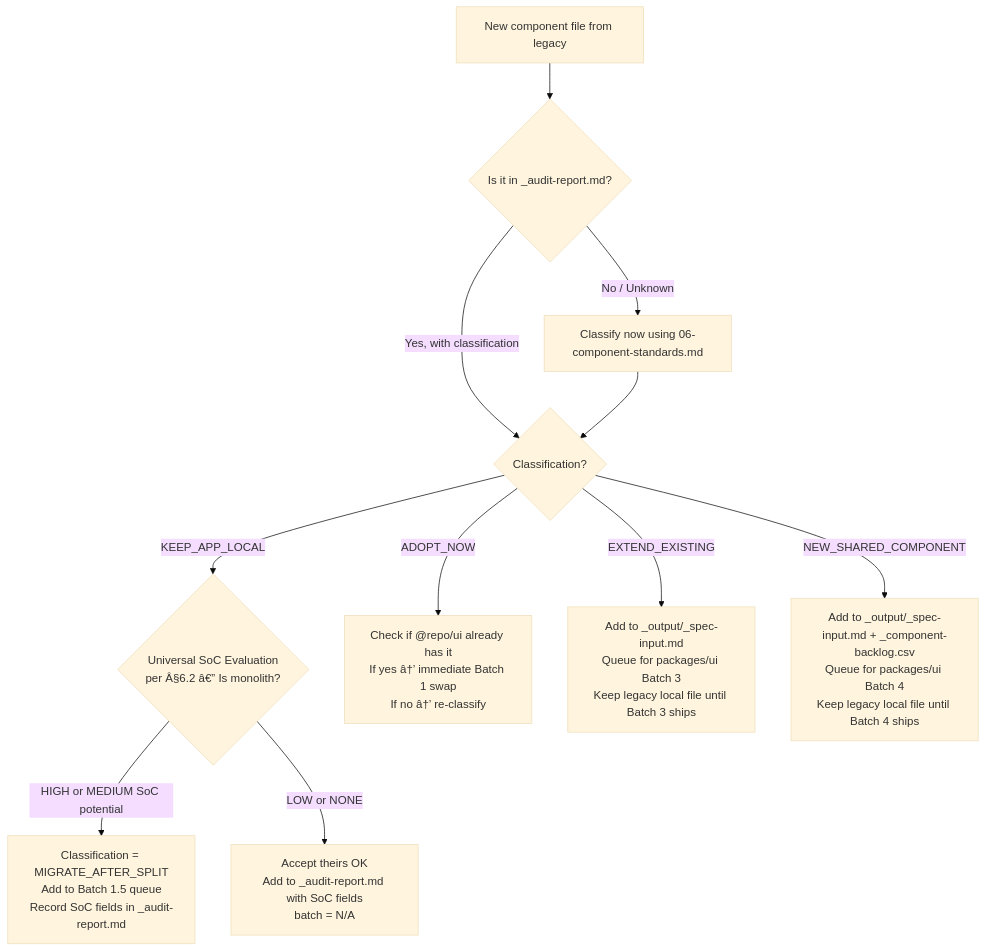
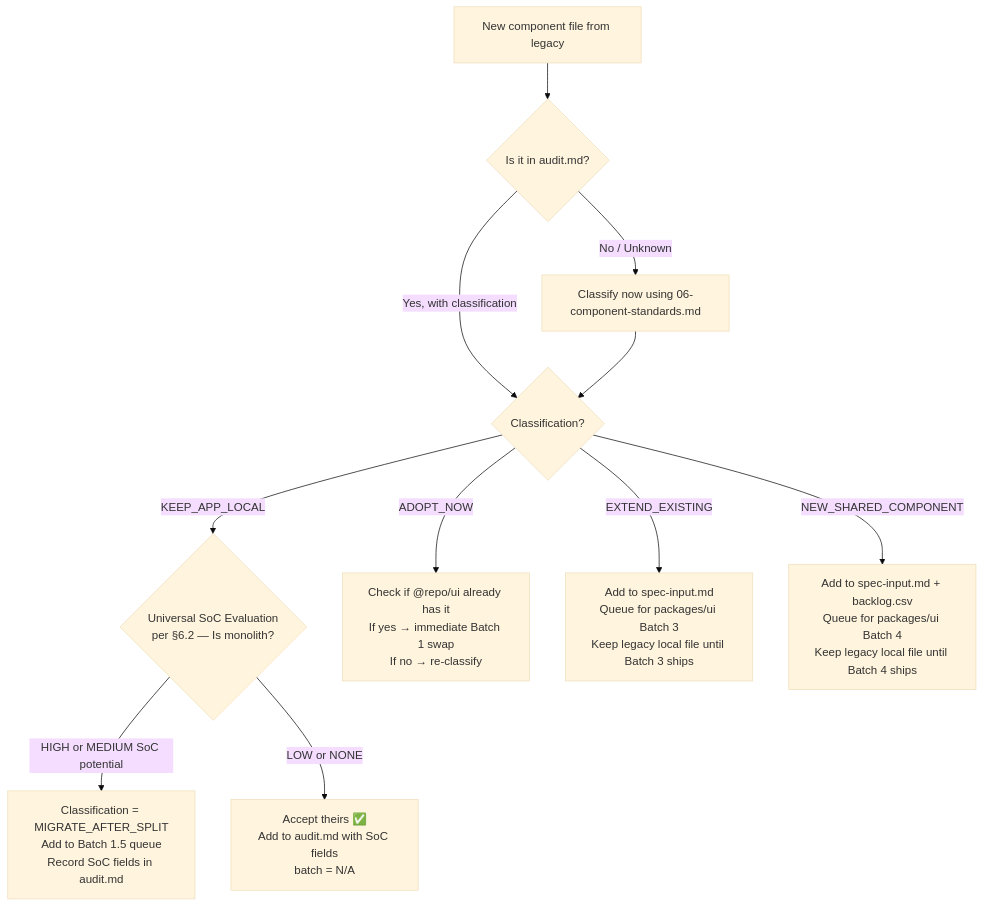
Before and after one commit to mahardikakdenie/.agent-skills: the diagram in apps/admin-portal/docs/migration/component/legacy-update-integration-guide.md, drawn with Mermaid (base theme). The commit also changed other lines of this file and 14 other files, not shown here.

````diff
--- a/apps/admin-portal/docs/migration/component/legacy-update-integration-guide.md
+++ b/apps/admin-portal/docs/migration/component/legacy-update-integration-guide.md
@@ -120,13 +121,13 @@
 ```mermaid
 flowchart TD
-    A[New component file from legacy] --> B{Is it in _audit-report.md?}
+    A[New component file from legacy] --> B{Is it in audit.md?}
     B -->|Yes, with classification| C{Classification?}
     B -->|No / Unknown| D[Classify now using 06-component-standards.md]
     D --> C
-    C -->|KEEP_APP_LOCAL| SOC{Universal SoC Evaluation<br/>per Â§6.2 â€” Is monolith?}
-    SOC -->|HIGH or MEDIUM SoC potential| MAF[Classification = MIGRATE_AFTER_SPLIT<br/>Add to Batch 1.5 queue<br/>Record SoC fields in _audit-report.md]
-    SOC -->|LOW or NONE| E[Accept theirs OK<br/>Add to _audit-report.md with SoC fields<br/>batch = N/A]
-    C -->|ADOPT_NOW| F[Check if @repo/ui already has it<br/>If yes â†’ immediate Batch 1 swap<br/>If no â†’ re-classify]
-    C -->|EXTEND_EXISTING| G[Add to _output/_spec-input.md<br/>Queue for packages/ui Batch 3<br/>Keep legacy local file until Batch 3 ships]
-    C -->|NEW_SHARED_COMPONENT| H[Add to _output/_spec-input.md + _component-backlog.csv<br/>Queue for packages/ui Batch 4<br/>Keep legacy local file until Batch 4 ships]
+    C -->|KEEP_APP_LOCAL| SOC{Universal SoC Evaluation<br/>per §6.2 — Is monolith?}
+    SOC -->|HIGH or MEDIUM SoC potential| MAF[Classification = MIGRATE_AFTER_SPLIT<br/>Add to Batch 1.5 queue<br/>Record SoC fields in audit.md]
+    SOC -->|LOW or NONE| E[Accept theirs ✅<br/>Add to audit.md with SoC fields<br/>batch = N/A]
+    C -->|ADOPT_NOW| F[Check if @repo/ui already has it<br/>If yes → immediate Batch 1 swap<br/>If no → re-classify]
+    C -->|EXTEND_EXISTING| G[Add to spec-input.md<br/>Queue for packages/ui Batch 3<br/>Keep legacy local file until Batch 3 ships]
+    C -->|NEW_SHARED_COMPONENT| H[Add to spec-input.md + backlog.csv<br/>Queue for packages/ui Batch 4<br/>Keep legacy local file until Batch 4 ships]
 ```
````
